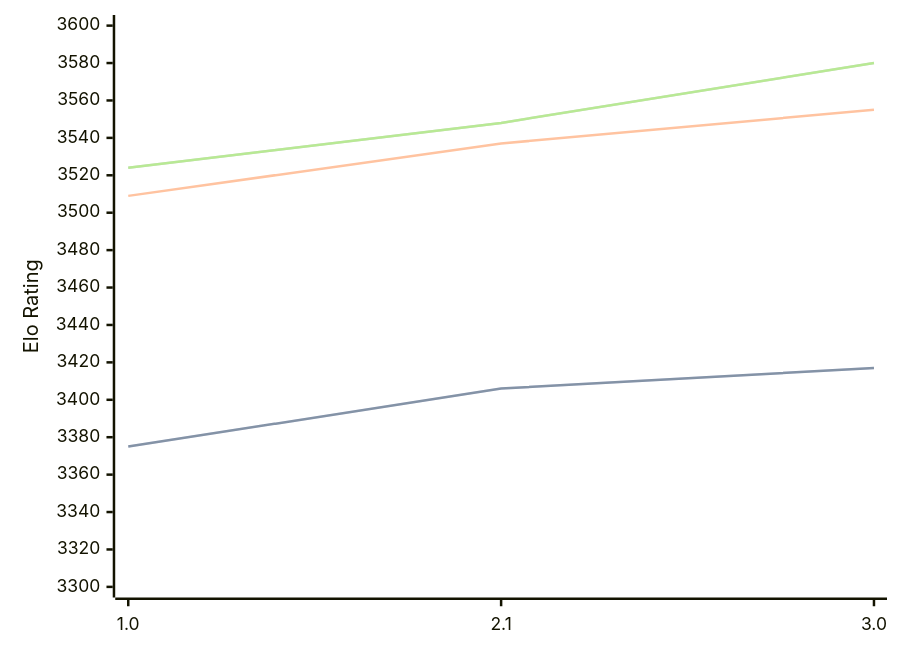
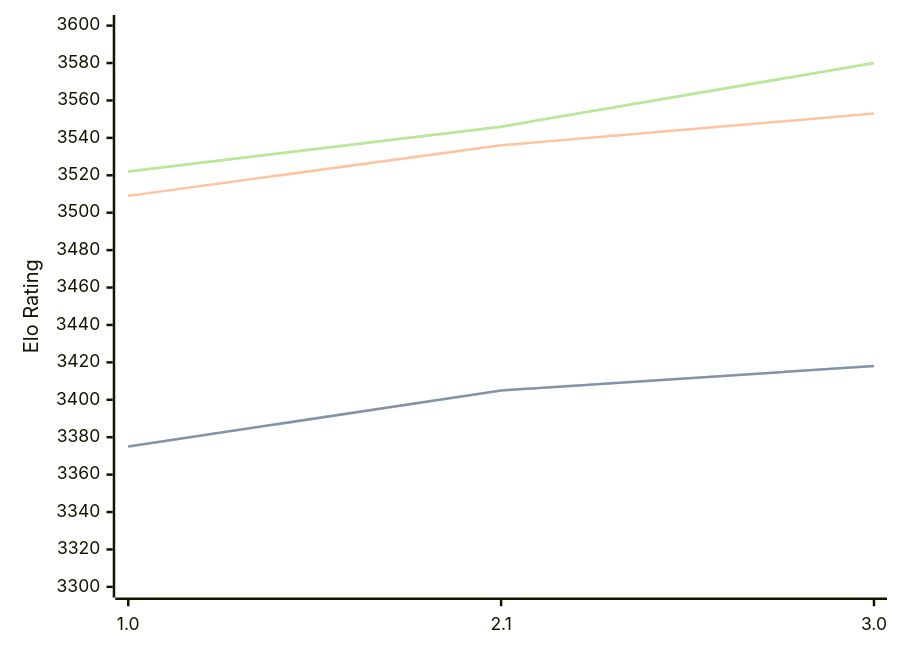
Before and after one commit to computer-chess-index/cci: the diagram in engines/Hobbes.md, drawn with Mermaid. The commit also changed other lines of this file, not shown here.

Commit message:
Update CCI Ratings (ELO VLTC) - 2026-09-11

````diff
--- a/engines/Hobbes.md
+++ b/engines/Hobbes.md
@@ -33,11 +33,11 @@
 ```mermaid
 %%{init: {"theme":"base","themeVariables":{"seriesColors:['#a3a3a3','#222221','#faa371']}}}%%
 xychart-beta
   x-axis ["1.0", "2.1", "3.0"]
   y-axis "Elo Rating" 3300 --> 3600
-  line "" [3375, 3406, 3417]
-  line "STC (8.0+0.08s)" [3375, 3406, 3417]
-  line "LTC (60.0+0.60s)" [3509, 3537, 3555]
-  line "" [3524, 3548, 3580]
-  line "VLTC (2m24s+1.12s)" [3524, 3548, 3580]
+  line "" [3375, 3405, 3418]
+  line "STC (8.0+0.08s)" [3375, 3405, 3418]
+  line "LTC (60.0+0.60s)" [3509, 3536, 3553]
+  line "" [3522, 3546, 3580]
+  line "VLTC (2m24s+1.12s)" [3522, 3546, 3580]
 ```
````
